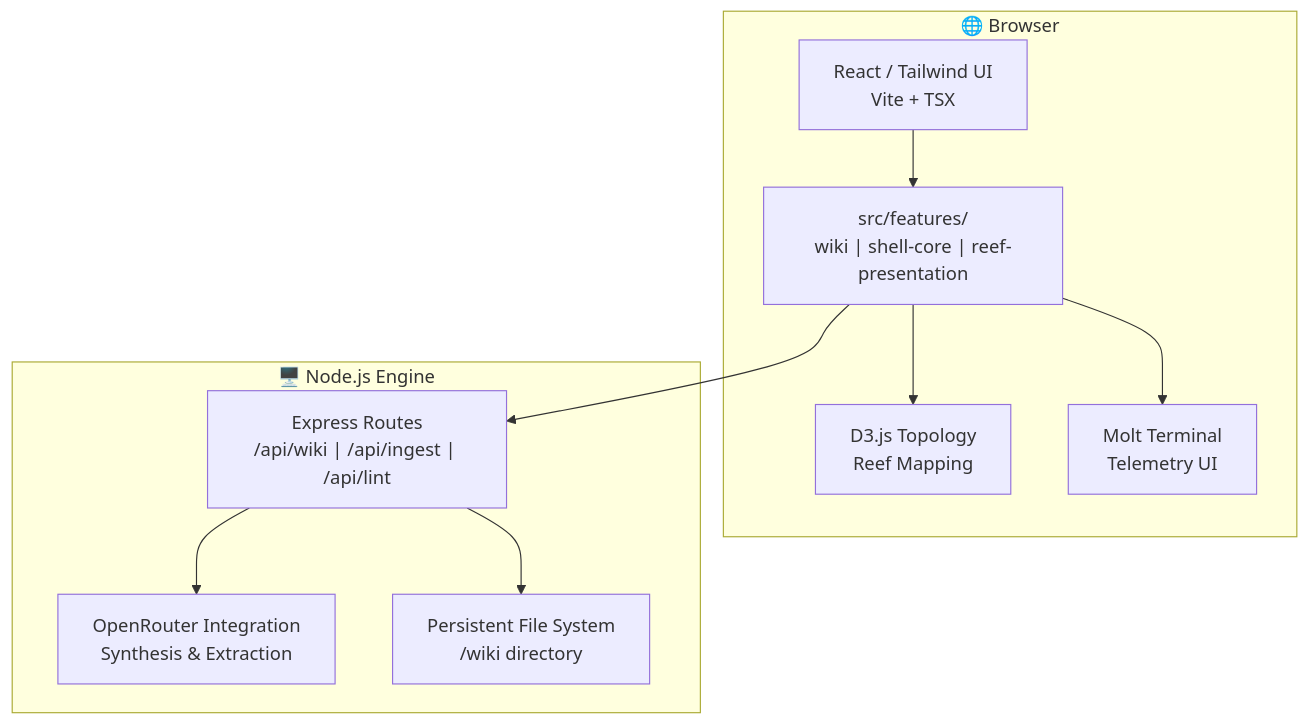
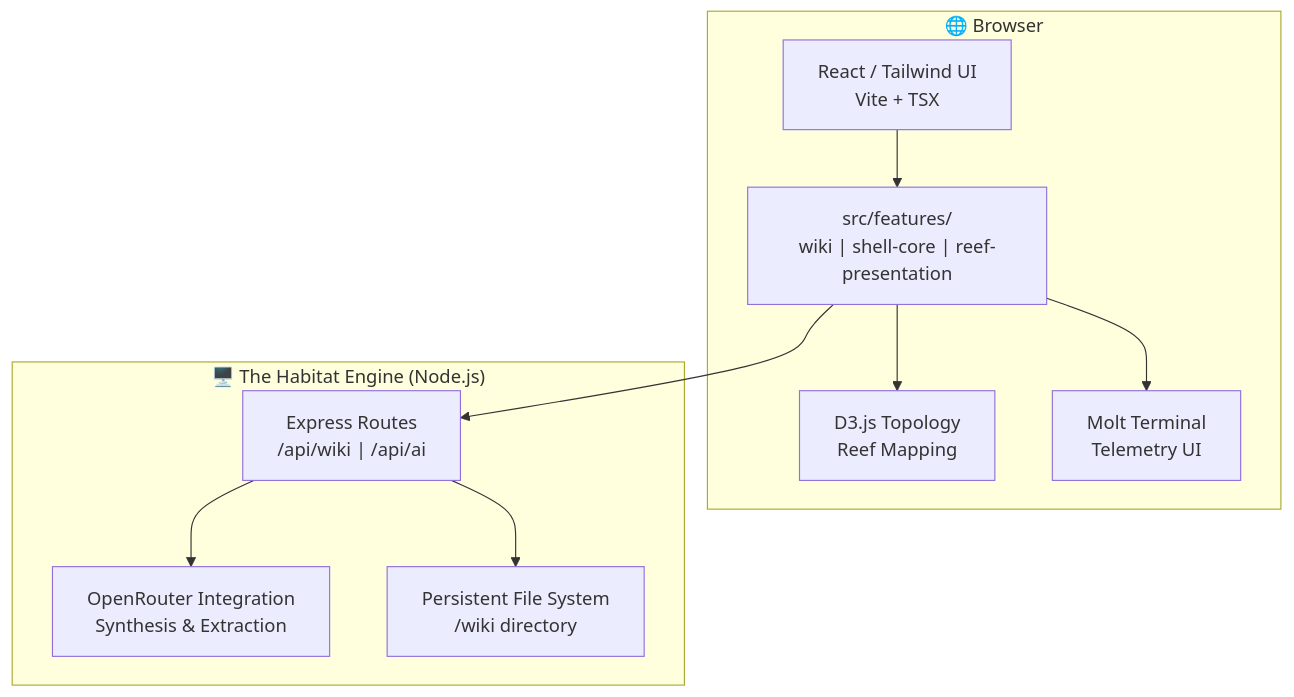
Before and after one commit to ClawStackStudios/Lobsterpedia: the diagram in README.md, drawn with Mermaid. The commit also changed other lines of this file and 19 other files, not shown here.

````diff
--- a/README.md
+++ b/README.md
@@ -72,22 +71,22 @@
 ```mermaid
 graph TD
-    subgraph Frontend ["🌐 Browser"]
+    subgraph Client ["🌐 Browser"]
         UI["React / Tailwind UI\nVite + TSX"]
         Features["src/features/\nwiki | shell-core | reef-presentation"]
         Graph["D3.js Topology\nReef Mapping"]
         CLI["Molt Terminal\nTelemetry UI"]
     end
 
-    subgraph Engine ["🖥️ Node.js Engine"]
-        API["Express Routes\n/api/wiki | /api/ingest | /api/lint"]
+    subgraph Engine ["🖥️ The Habitat Engine (Node.js)"]
+        API["Express Routes\n/api/wiki | /api/ai"]
         LLM["OpenRouter Integration\nSynthesis & Extraction"]
         FS["Persistent File System\n/wiki directory"]
     end
 
     UI --> Features
     Features --> API
     API --> LLM
     API --> FS
     Features --> Graph
     Features --> CLI
 ```
````
